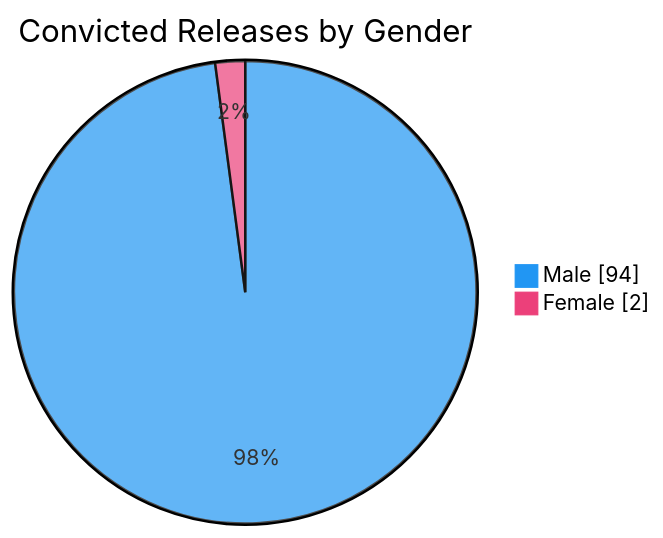
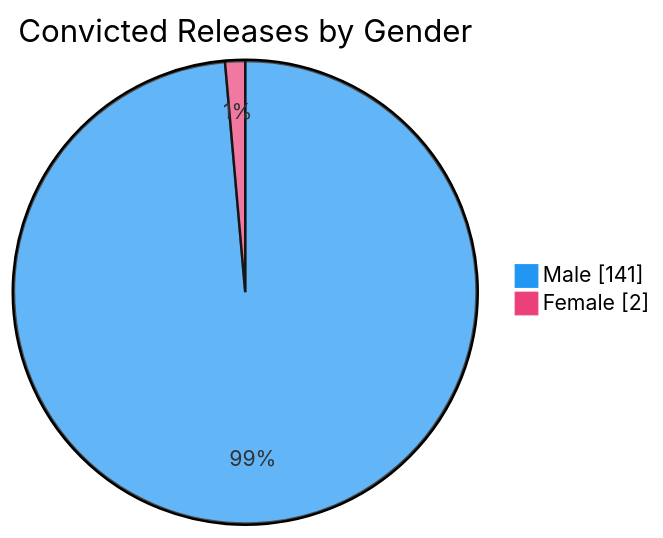
Before and after one commit to nuuuwan/lk_prisons: the sixth of 7 diagrams in README.md, drawn with Mermaid. The commit also changed other lines of this file and 1 other file, not shown here.

````diff
--- a/README.md
+++ b/README.md
@@ -98,6 +98,6 @@
 ```mermaid
 %%{init: {'themeVariables': {'pie1': '#2196F3', 'pie2': '#EC407A'}}}%%
 pie showData title Convicted Releases by Gender
-    "Male" : 94
+    "Male" : 141
     "Female" : 2
 ```
````
